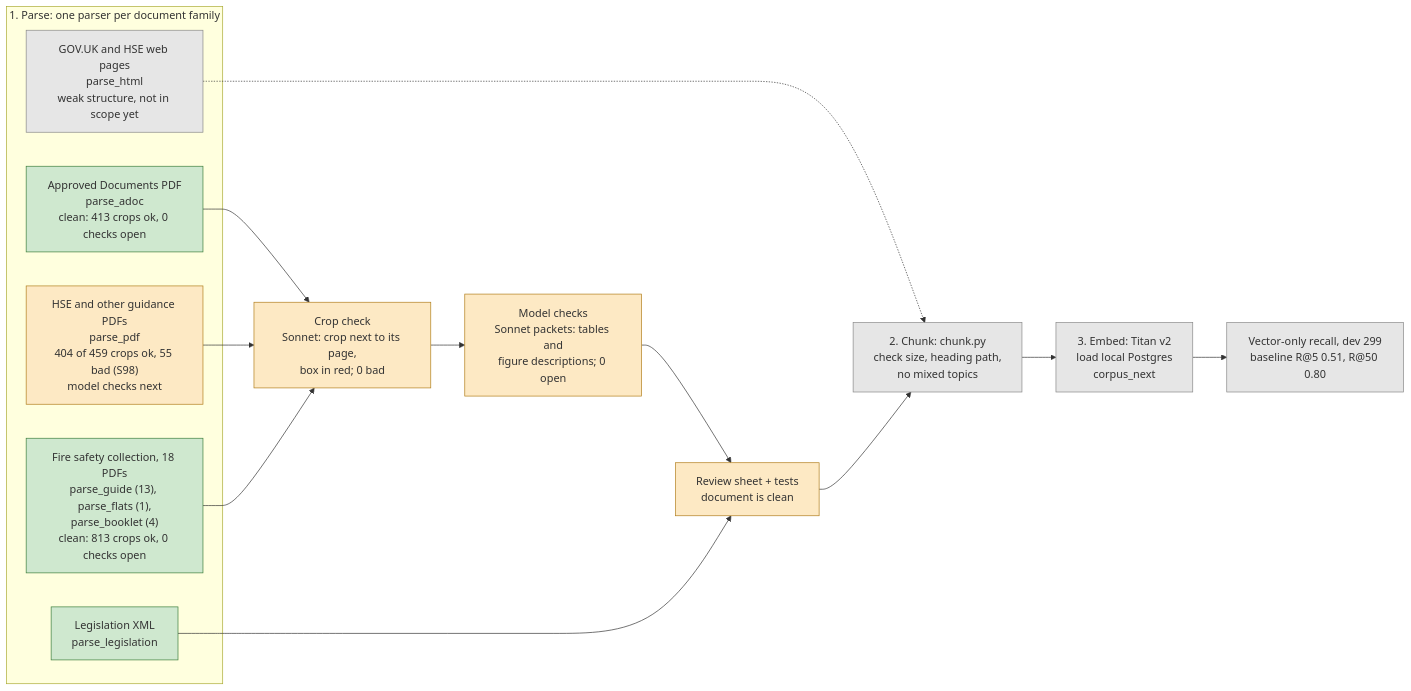
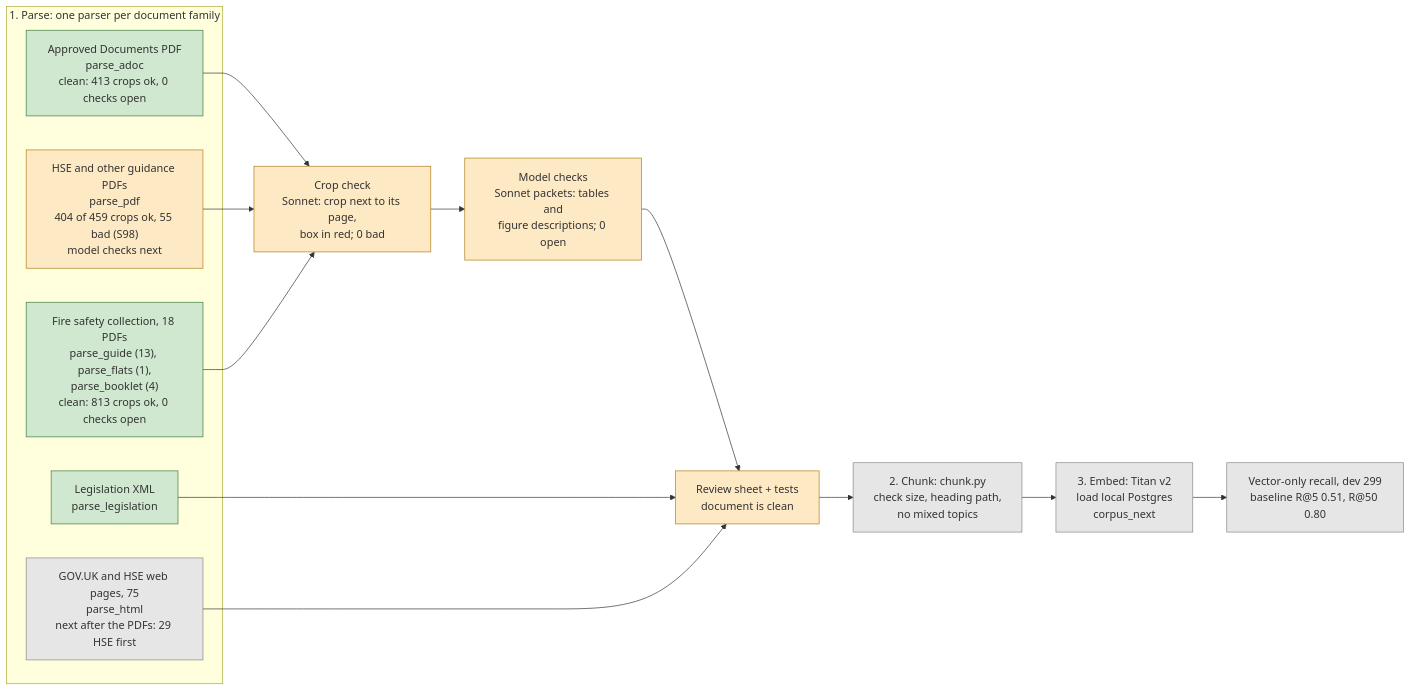
One commit to florinmarcus/builders_lab changed the diagram in evals/PLAN.md. Above: the diagram before and after it, drawn with Mermaid. The commit also changed other lines of this file, not shown here.

First line of the commit message:
Plan: parse every document before chunks; web pages next after the PDFs, HSE first

````diff
--- a/evals/PLAN.md
+++ b/evals/PLAN.md
@@ -32,26 +32,26 @@
 ```mermaid
 flowchart LR
     subgraph parse["1. Parse: one parser per document family"]
         leg["Legislation XML<br/>parse_legislation"]:::done
         adoc["Approved Documents PDF<br/>parse_adoc<br/>clean: 413 crops ok, 0 checks open"]:::done
         hse["HSE and other guidance PDFs<br/>parse_pdf<br/>404 of 459 crops ok, 55 bad (S98)<br/>model checks next"]:::wip
         guide["Fire safety collection, 18 PDFs<br/>parse_guide (13), parse_flats (1),<br/>parse_booklet (4)<br/>clean: 813 crops ok, 0 checks open"]:::done
-        html["GOV.UK and HSE web pages<br/>parse_html<br/>weak structure, not in scope yet"]:::todo
+        html["GOV.UK and HSE web pages, 75<br/>parse_html<br/>next after the PDFs: 29 HSE first"]:::todo
     end
     crop["Crop check<br/>Sonnet: crop next to its page,<br/>box in red; 0 bad"]:::wip
     mc["Model checks<br/>Sonnet packets: tables and<br/>figure descriptions; 0 open"]:::wip
     rev["Review sheet + tests<br/>document is clean"]:::wip
     chunk["2. Chunk: chunk.py<br/>check size, heading path,<br/>no mixed topics"]:::todo
     emb["3. Embed: Titan v2<br/>load local Postgres<br/>corpus_next"]:::todo
     rec["Vector-only recall, dev 299<br/>baseline R@5 0.51, R@50 0.80"]:::todo
     adoc --> crop
     hse --> crop
     guide --> crop
     crop --> mc --> rev
     leg --> rev
-    html -.-> chunk
+    html --> rev
     rev --> chunk --> emb --> rec
     classDef done fill:#cfe8cf,stroke:#3a7d3a
     classDef wip fill:#fde9c4,stroke:#b07d1a
     classDef todo fill:#e6e6e6,stroke:#888
 ```
````
